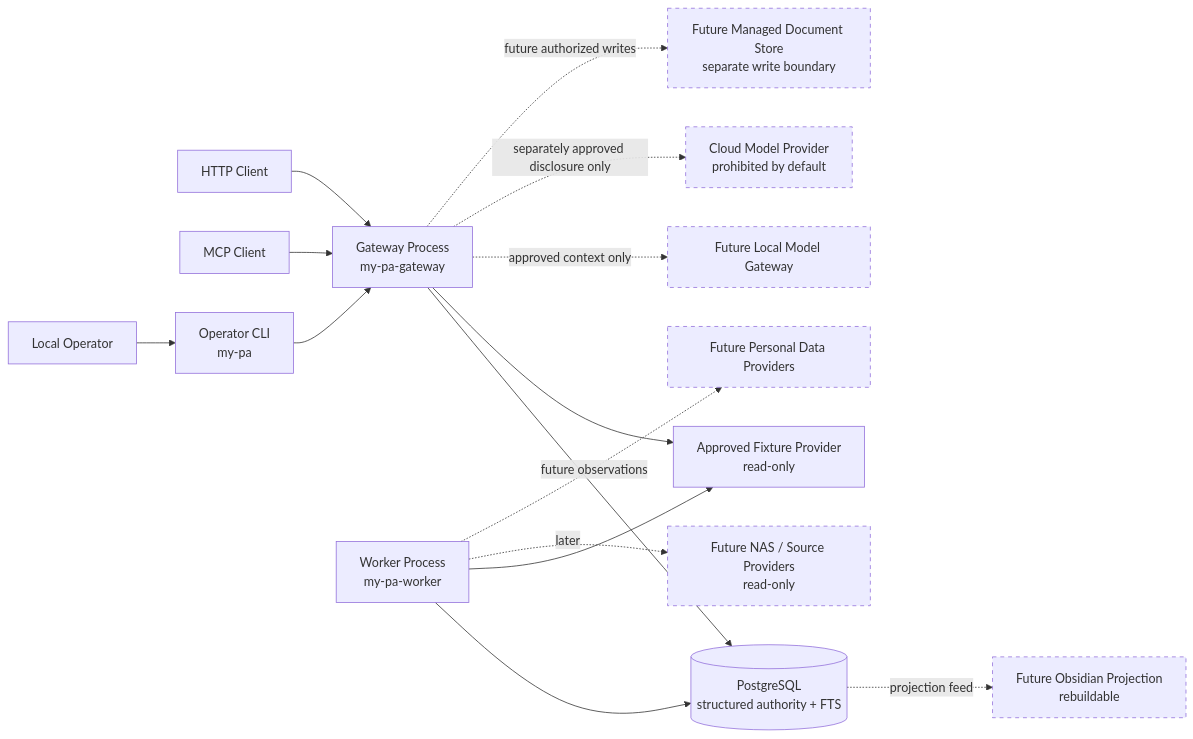
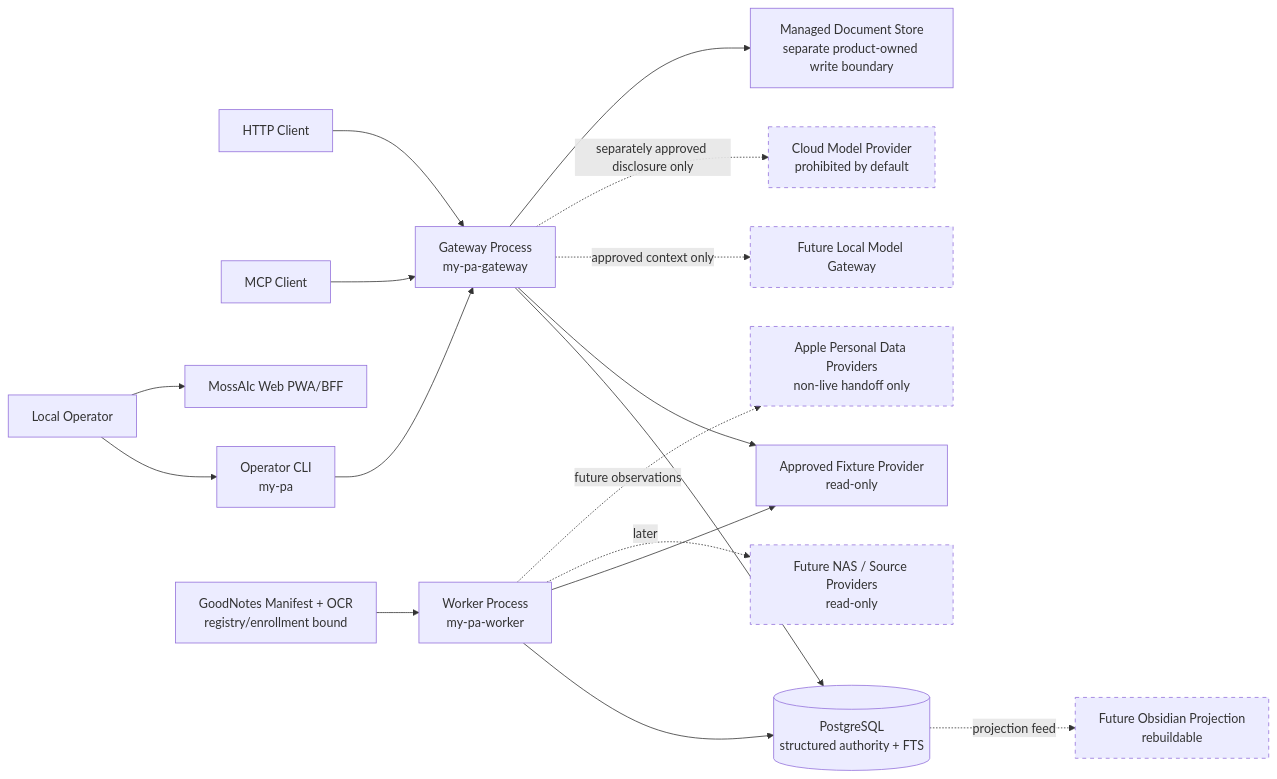
Before and after one commit to RMF112018/my-pa: the first of 3 diagrams in docs/architecture/system-context.md, drawn with Mermaid. The commit also changed other lines of this file and 35 other files, not shown here.

Commit message:
Close exact-head Apple and GoodNotes audit findings

````diff
--- a/docs/architecture/system-context.md
+++ b/docs/architecture/system-context.md
@@ -95,37 +121,41 @@
 ```mermaid
 flowchart LR
     OP[Local Operator]
     HC[HTTP Client]
     MC[MCP Client]
     CLI[Operator CLI\nmy-pa]
     GW[Gateway Process\nmy-pa-gateway]
     WK[Worker Process\nmy-pa-worker]
     DB[(PostgreSQL\nstructured authority + FTS)]
     FP[Approved Fixture Provider\nread-only]
     NAS[Future NAS / Source Providers\nread-only]
     LM[Future Local Model Gateway]
     CM[Cloud Model Provider\nprohibited by default]
-    MD[Future Managed Document Store\nseparate write boundary]
+    MD[Managed Document Store\nseparate product-owned write boundary]
     OB[Future Obsidian Projection\nrebuildable]
-    PC[Future Personal Data Providers]
+    PC[Apple Personal Data Providers\nnon-live handoff only]
+    WEB[MossAIc Web PWA/BFF]
+    GN[GoodNotes Manifest + OCR\nregistry/enrollment bound]
 
 
     OP --> CLI
+    OP --> WEB
     HC --> GW
     MC --> GW
     CLI --> GW
     GW --> DB
     WK --> DB
     WK --> FP
     GW --> FP
     WK -. later .-> NAS
     GW -. approved context only .-> LM
     GW -. separately approved disclosure only .-> CM
-    GW -. future authorized writes .-> MD
+    GW --> MD
     DB -. projection feed .-> OB
     WK -. future observations .-> PC
+    GN --> WK
 
 
     classDef excluded stroke-dasharray: 5 5;
-    class CM,MD,OB,PC,NAS,LM excluded;
+    class CM,OB,PC,NAS,LM excluded;
 ```
````
